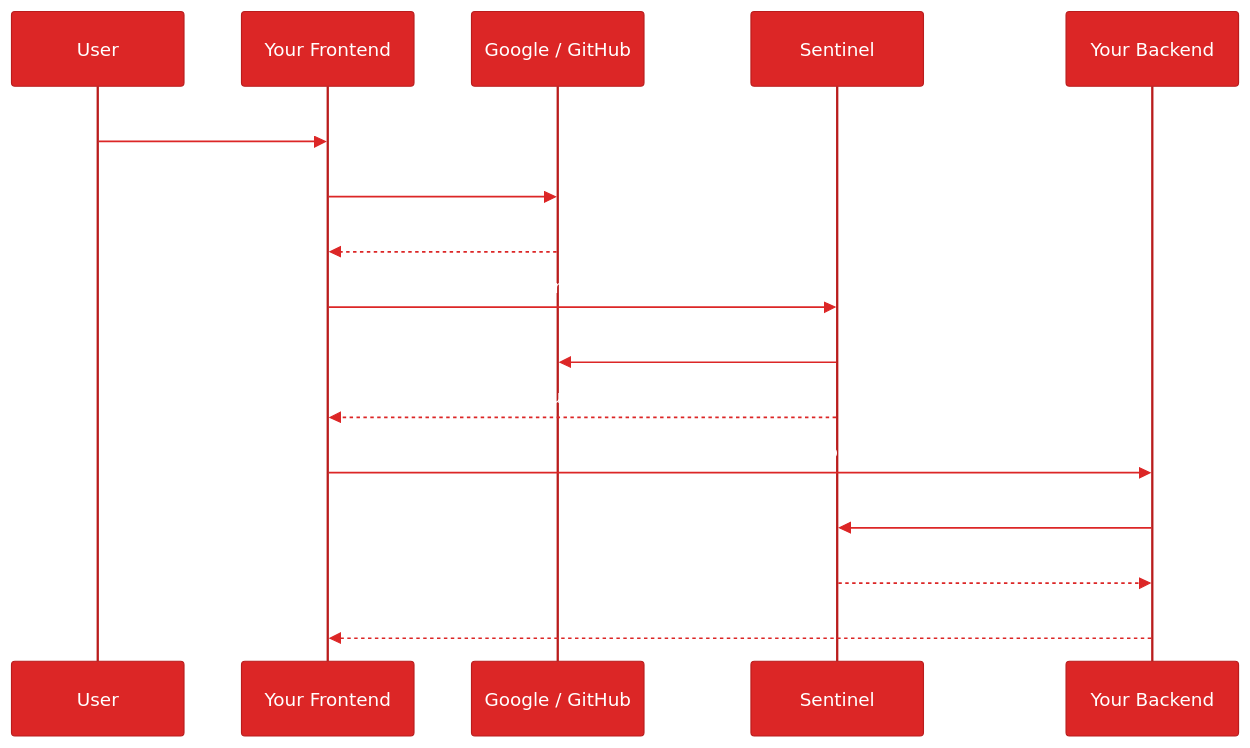
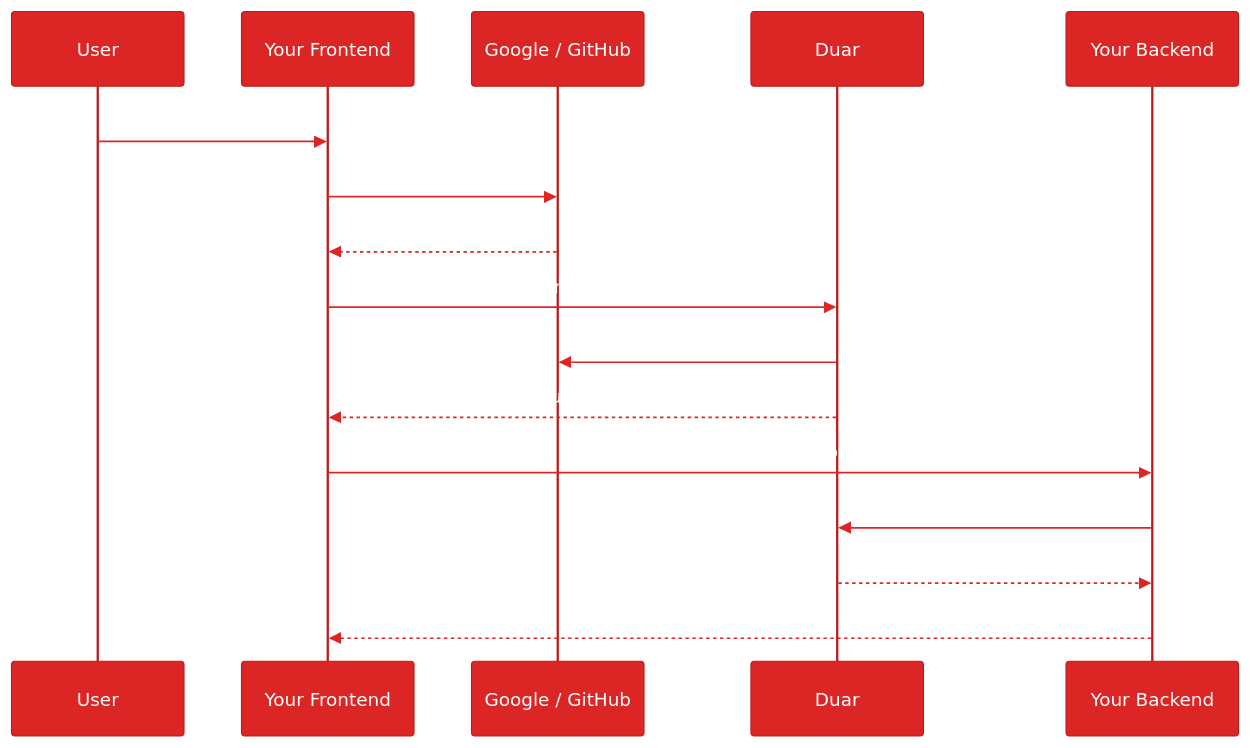
The first of 2 diagrams in README.md (sidxz/duar), drawn with Mermaid before and after one commit. The commit also changed other lines of this file and 241 other files, not shown here.

First line of the commit message:
chore!: rename Sentinel → Duar across service, SDKs, admin, docs, CI

````diff
--- a/README.md
+++ b/README.md
@@ -54,20 +54,20 @@
 ```mermaid
 %%{init: {'theme': 'base', 'themeVariables': {'primaryColor': '#dc2626', 'primaryTextColor': '#fff', 'primaryBorderColor': '#b91c1c', 'lineColor': '#dc2626', 'secondaryColor': '#fecaca', 'tertiaryColor': '#fee2e2', 'actorBkg': '#dc2626', 'actorTextColor': '#fff', 'actorBorder': '#b91c1c', 'signalColor': '#dc2626', 'labelBoxBkgColor': '#fee2e2', 'noteBkgColor': '#fecaca'}}}%%
 sequenceDiagram
     participant U as User
     participant F as Your Frontend
     participant IdP as Google / GitHub
-    participant S as Sentinel
+    participant S as Duar
     participant B as Your Backend
 
     U->>F: Click "Sign in"
     F->>IdP: OAuth2 login
     IdP-->>F: IdP token
     F->>S: POST /authz/resolve (IdP token)
     S->>IdP: Validate token (JWKS)
     S-->>F: Authz JWT
     F->>B: API request (IdP + authz tokens)
     B->>S: Check permissions / roles
     S-->>B: Allowed / denied
     B-->>F: Response
 ```
````
